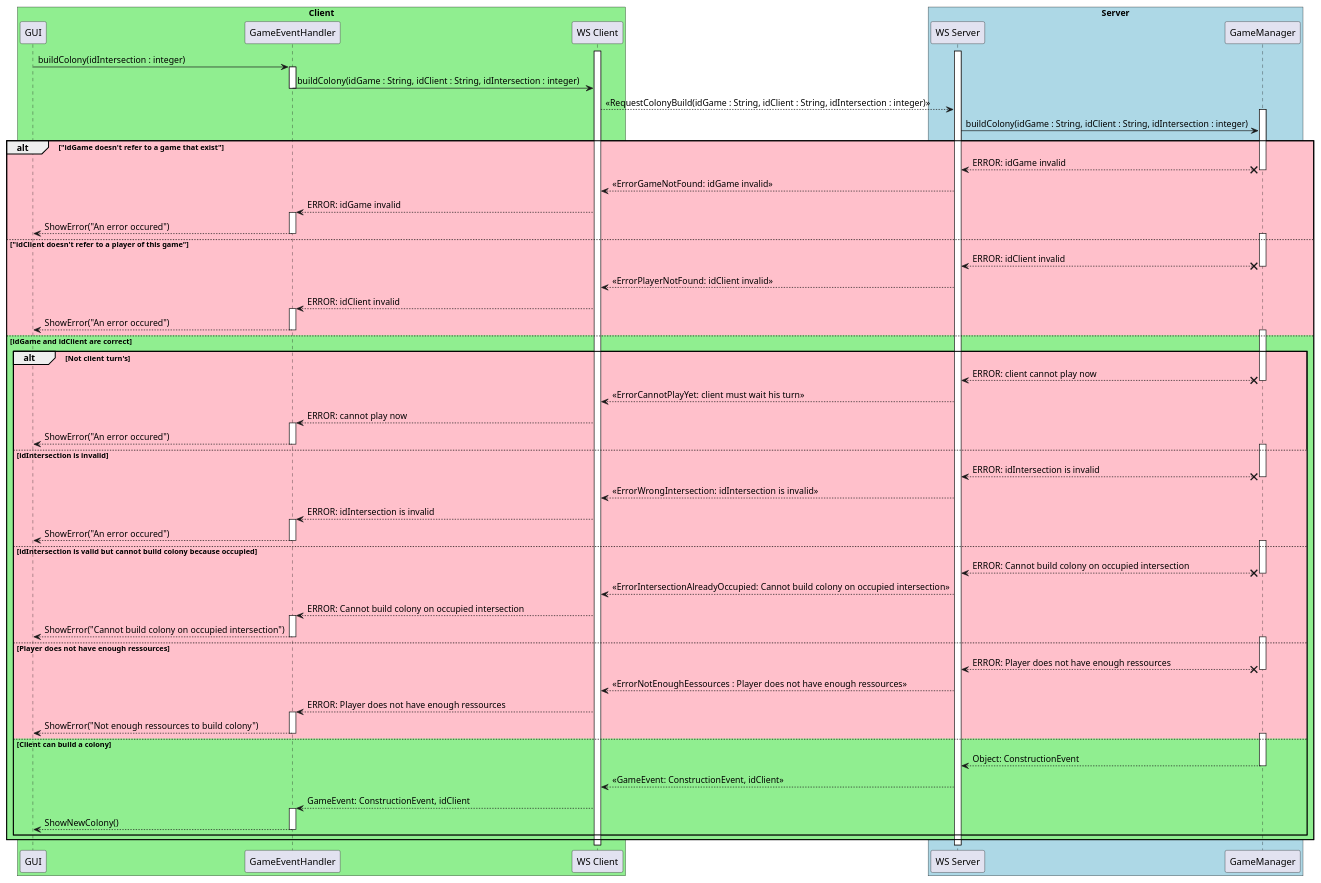
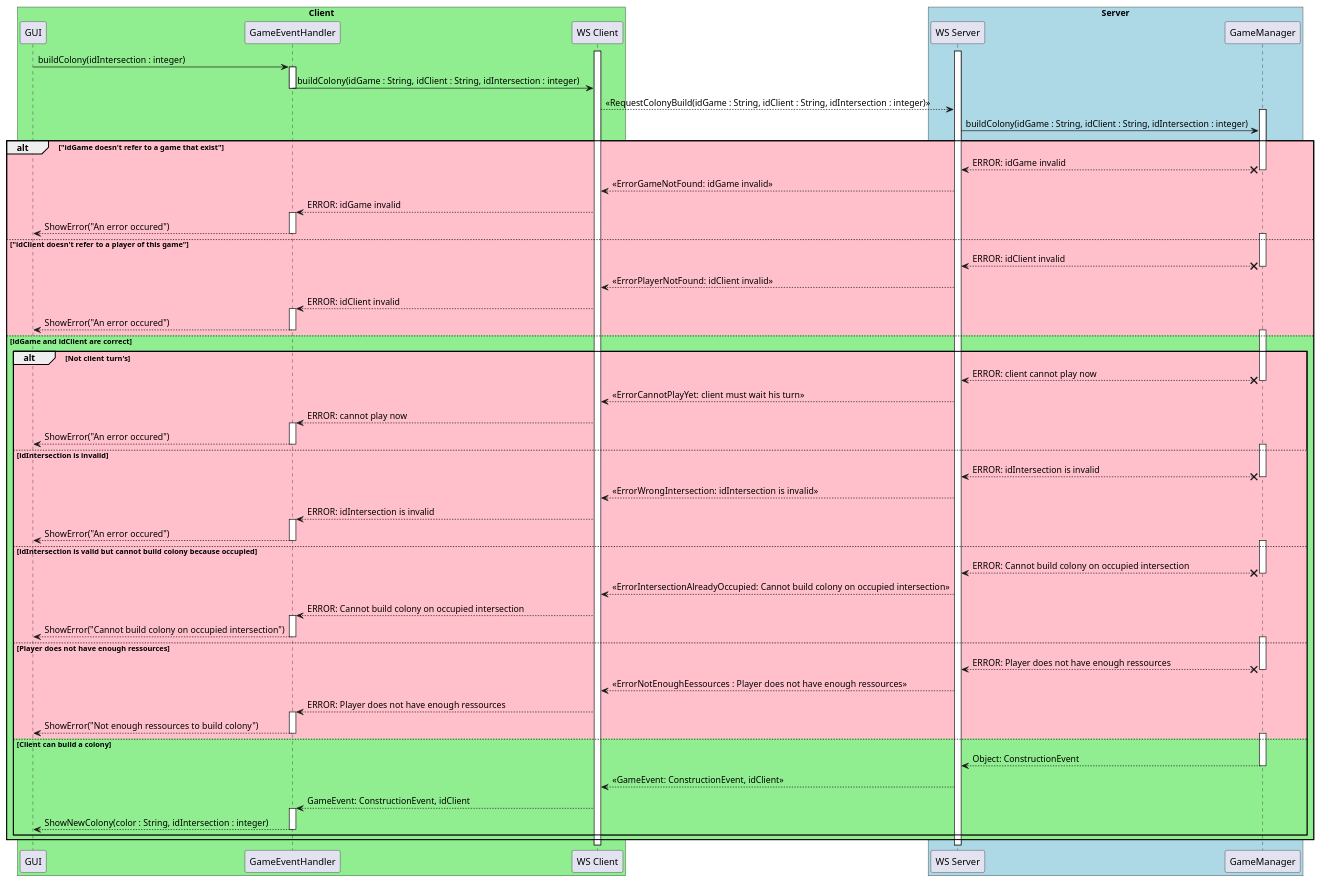
Before and after one commit to Lapin-Obez/colon_de_catane: the diagram in catan-doc/modules/composants/examples/buildColonySequenceDiag.plantuml, drawn with PlantUML. The commit also changed 1 other file, not shown here.

Commit message:
Fixing missing missing parameters in buildColony and buildRoad

```diff
--- a/catan-doc/modules/composants/examples/buildColonySequenceDiag.plantuml
+++ b/catan-doc/modules/composants/examples/buildColonySequenceDiag.plantuml
@@ -1,135 +1,135 @@
 @startuml
 
 box "Client" #LightGreen
   participant "GUI" as GUI
   participant "GameEventHandler" as GameEventHandler
   participant "WS Client" as WSClient
 end box
 
 box "Server" #LightBlue
   participant "WS Server" as WSServer
   participant "GameManager" as GameManager
 end box
 
 activate WSClient
 activate WSServer
 
 GUI -> GameEventHandler : buildColony(idIntersection : integer)
 activate GameEventHandler
 
 GameEventHandler -> WSClient : buildColony(idGame : String, idClient : String, idIntersection : integer)
 deactivate GameEventHandler
 
 WSClient --> WSServer : <<RequestColonyBuild(idGame : String, idClient : String, idIntersection : integer)>>
 
 activate GameManager
 WSServer -> GameManager : buildColony(idGame : String, idClient : String, idIntersection : integer)
 
 alt #Pink "idGame doesn't refer to a game that exist"
   GameManager x--> WSServer : ERROR: idGame invalid
   deactivate GameManager
   
   WSServer --> WSClient : <<ErrorGameNotFound: idGame invalid>>
 
   WSClient --> GameEventHandler : ERROR: idGame invalid
   activate GameEventHandler
 
   GameEventHandler --> GUI : ShowError("An error occured")
   deactivate GameEventHandler
 
 else #Pink "idClient doesn't refer to a player of this game"
   activate GameManager
 
   GameManager x--> WSServer : ERROR: idClient invalid
   deactivate GameManager
   
   WSServer --> WSClient : <<ErrorPlayerNotFound: idClient invalid>>
 
   WSClient --> GameEventHandler : ERROR: idClient invalid
   activate GameEventHandler
 
   GameEventHandler --> GUI : ShowError("An error occured")
   deactivate GameEventHandler
 
 else #LightGreen idGame and idClient are correct
   
   alt #Pink Not client turn's
 
     activate GameManager
 
     GameManager x--> WSServer : ERROR: client cannot play now
     deactivate GameManager
     
     WSServer --> WSClient : <<ErrorCannotPlayYet: client must wait his turn>>
   
     WSClient --> GameEventHandler : ERROR: cannot play now
     activate GameEventHandler
   
     GameEventHandler --> GUI : ShowError("An error occured")
     deactivate GameEventHandler
     
   else #Pink idIntersection is invalid
 
     activate GameManager
 
     GameManager x--> WSServer : ERROR: idIntersection is invalid
     deactivate GameManager
     
     WSServer --> WSClient : <<ErrorWrongIntersection: idIntersection is invalid>>
   
     WSClient --> GameEventHandler : ERROR: idIntersection is invalid
     activate GameEventHandler
   
     GameEventHandler --> GUI : ShowError("An error occured")
     deactivate GameEventHandler
     
   else #Pink idIntersection is valid but cannot build colony because occupied
 
     activate GameManager
 
     GameManager x--> WSServer : ERROR: Cannot build colony on occupied intersection
     deactivate GameManager
     
     WSServer --> WSClient : <<ErrorIntersectionAlreadyOccupied: Cannot build colony on occupied intersection>>
   
     WSClient --> GameEventHandler : ERROR: Cannot build colony on occupied intersection
     activate GameEventHandler
   
     GameEventHandler --> GUI : ShowError("Cannot build colony on occupied intersection")
     deactivate GameEventHandler
     
     
   else #Pink Player does not have enough ressources 
 
     activate GameManager
 
     GameManager x--> WSServer : ERROR: Player does not have enough ressources 
     deactivate GameManager
     
     WSServer --> WSClient : <<ErrorNotEnoughEessources : Player does not have enough ressources >>
   
     WSClient --> GameEventHandler : ERROR: Player does not have enough ressources
     activate GameEventHandler
   
     GameEventHandler --> GUI : ShowError("Not enough ressources to build colony")
     deactivate GameEventHandler
     
   else #LightGreen Client can build a colony
     
     activate GameManager
 
     GameManager --> WSServer : Object: ConstructionEvent
     deactivate GameManager
     
     WSServer --> WSClient : <<GameEvent: ConstructionEvent, idClient>>
   
     WSClient --> GameEventHandler : GameEvent: ConstructionEvent, idClient
     activate GameEventHandler
   
-    GameEventHandler --> GUI : ShowNewColony()
+    GameEventHandler --> GUI : ShowNewColony(color : String, idIntersection : integer)
     deactivate GameEventHandler
     
   end
 end
 
 @enduml
```
